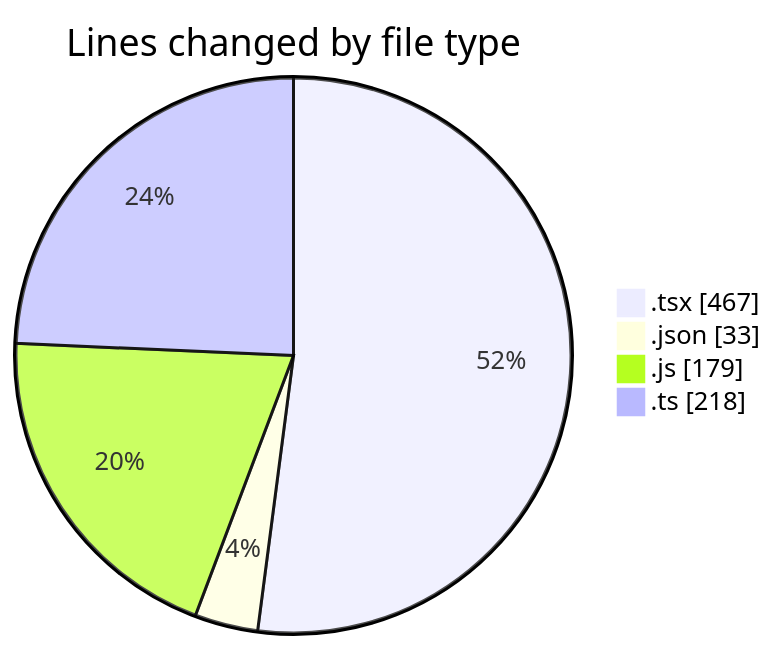
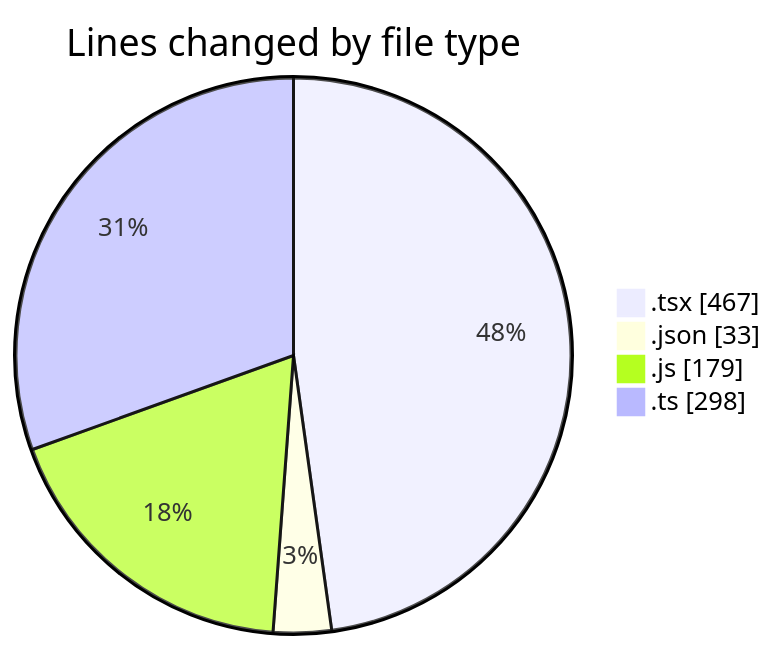
The first of 2 diagrams in 2025-01-28/mbc-web/README.md (robertbonfada/code-tracking), drawn with Mermaid before and after one commit. The commit also changed other lines of this file and 1 other file, not shown here.

````diff
--- a/2025-01-28/mbc-web/README.md
+++ b/2025-01-28/mbc-web/README.md
@@ -24,8 +24,8 @@
 ```mermaid
 pie showData
 title Lines changed by file type
 ".tsx" : 467
 ".json" : 33
 ".js" : 179
-".ts" : 218
+".ts" : 298
 ```
````
